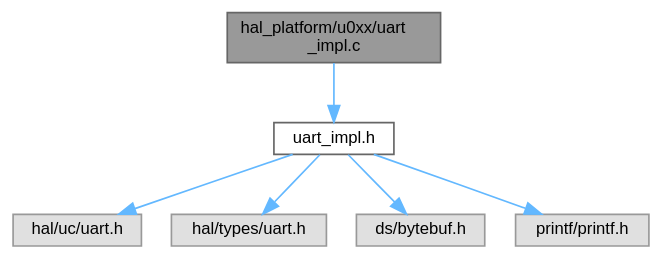
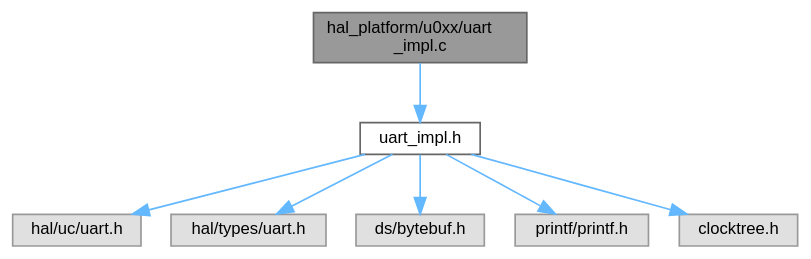
The diagram in u0xx_2uart__impl_8c__incl.dot (ebs-universe/piolib-hal-uc-stm32), drawn with Graphviz before and after one commit. The commit also changed 468 other files, not shown here.

```diff
--- a/u0xx_2uart__impl_8c__incl.dot
+++ b/u0xx_2uart__impl_8c__incl.dot
@@ -1,19 +1,21 @@
 digraph "hal_platform/u0xx/uart_impl.c"
 {
  // INTERACTIVE_SVG=YES
  // LATEX_PDF_SIZE
   bgcolor="transparent";
   edge [fontname=Helvetica,fontsize=10,labelfontname=Helvetica,labelfontsize=10];
   node [fontname=Helvetica,fontsize=10,shape=box,height=0.2,width=0.4];
   Node1 [id="Node000001",label="hal_platform/u0xx/uart\l_impl.c",height=0.2,width=0.4,color="gray40", fillcolor="grey60", style="filled", fontcolor="black",tooltip=" "];
   Node1 -> Node2 [id="edge1_Node000001_Node000002",color="steelblue1",style="solid",tooltip=" "];
   Node2 [id="Node000002",label="uart_impl.h",height=0.2,width=0.4,color="grey40", fillcolor="white", style="filled",URL="$u0xx_2uart__impl_8h.html",tooltip=" "];
   Node2 -> Node3 [id="edge2_Node000002_Node000003",color="steelblue1",style="solid",tooltip=" "];
   Node3 [id="Node000003",label="hal/uc/uart.h",height=0.2,width=0.4,color="grey60", fillcolor="#E0E0E0", style="filled",tooltip=" "];
   Node2 -> Node4 [id="edge3_Node000002_Node000004",color="steelblue1",style="solid",tooltip=" "];
   Node4 [id="Node000004",label="hal/types/uart.h",height=0.2,width=0.4,color="grey60", fillcolor="#E0E0E0", style="filled",tooltip=" "];
   Node2 -> Node5 [id="edge4_Node000002_Node000005",color="steelblue1",style="solid",tooltip=" "];
   Node5 [id="Node000005",label="ds/bytebuf.h",height=0.2,width=0.4,color="grey60", fillcolor="#E0E0E0", style="filled",tooltip=" "];
   Node2 -> Node6 [id="edge5_Node000002_Node000006",color="steelblue1",style="solid",tooltip=" "];
   Node6 [id="Node000006",label="printf/printf.h",height=0.2,width=0.4,color="grey60", fillcolor="#E0E0E0", style="filled",tooltip=" "];
+  Node2 -> Node7 [id="edge6_Node000002_Node000007",color="steelblue1",style="solid",tooltip=" "];
+  Node7 [id="Node000007",label="clocktree.h",height=0.2,width=0.4,color="grey60", fillcolor="#E0E0E0", style="filled",tooltip=" "];
 }
```
